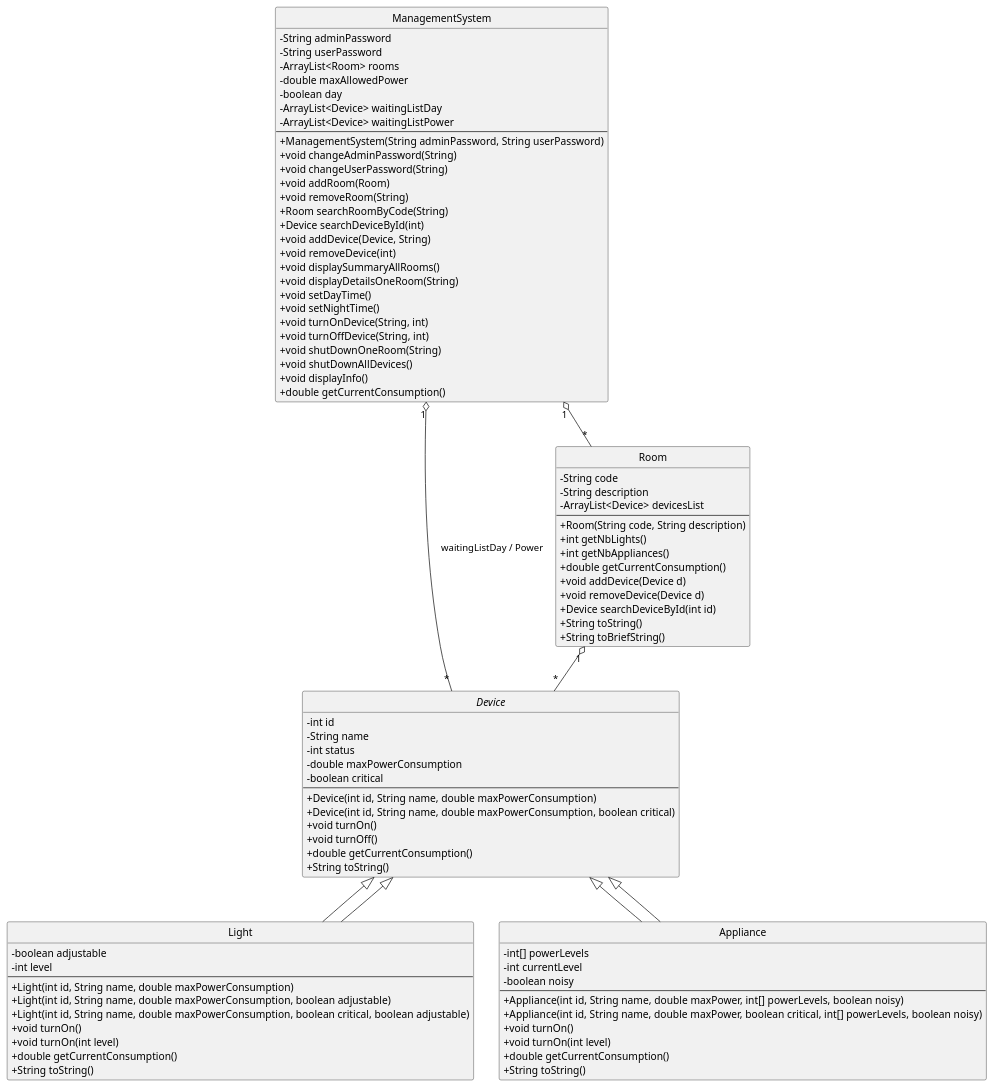
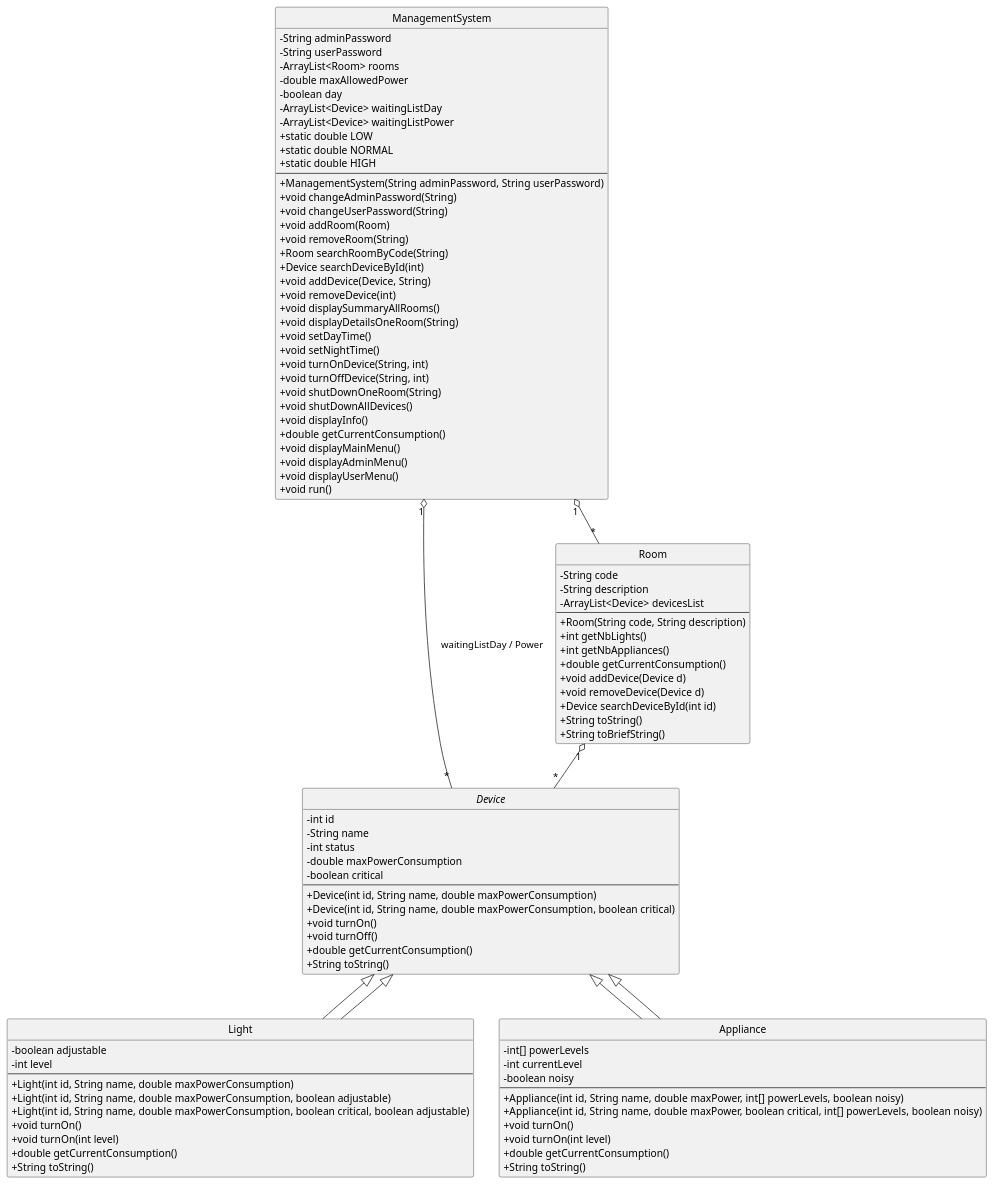
Before and after one commit to dmv000/sm_management: the diagram in README.md, drawn with PlantUML.

```diff
--- a/README.md
+++ b/README.md
@@ -78,6 +78,9 @@
   - boolean day
   - ArrayList<Device> waitingListDay
   - ArrayList<Device> waitingListPower
+  + static double LOW
+  + static double NORMAL
+  + static double HIGH
   --
   + ManagementSystem(String adminPassword, String userPassword)
   + void changeAdminPassword(String)
@@ -98,6 +101,10 @@
   + void shutDownAllDevices()
   + void displayInfo()
   + double getCurrentConsumption()
+  + void displayMainMenu()
+  + void displayAdminMenu()
+  + void displayUserMenu()
+  + void run()
 }
 
 ' ========== RELATIONSHIPS ==========
```
